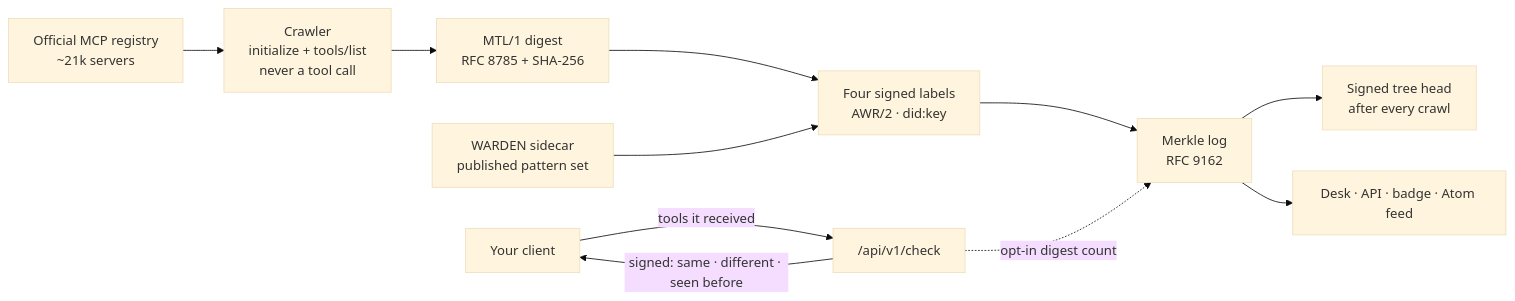
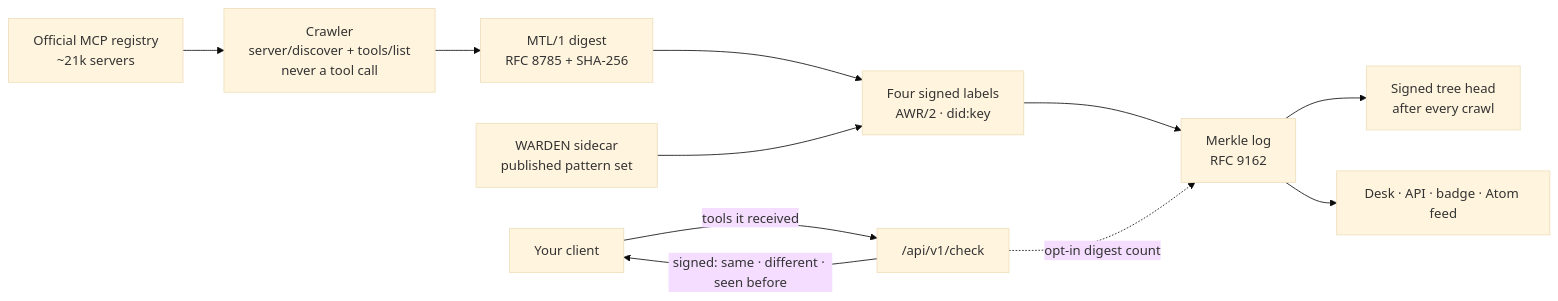
Before and after one commit to alexar76/histor: the diagram in README.md, drawn with Mermaid (base theme). The commit also changed other lines of this file and 78 other files, not shown here.

````diff
--- a/README.md
+++ b/README.md
@@ -62,13 +62,13 @@
 ```mermaid
 flowchart LR
-    R["Official MCP registry<br/>~21k servers"] --> C["Crawler<br/>initialize + tools/list<br/>never a tool call"]
+    R["Official MCP registry<br/>~21k servers"] --> C["Crawler<br/>server/discover + tools/list<br/>never a tool call"]
     C --> D["MTL/1 digest<br/>RFC 8785 + SHA-256"]
     D --> L["Four signed labels<br/>AWR/2 · did:key"]
     W["WARDEN sidecar<br/>published pattern set"] --> L
     L --> M["Merkle log<br/>RFC 9162"]
     M --> S["Signed tree head<br/>after every crawl"]
     M --> API["Desk · API · badge · Atom feed"]
     CL["Your client"] -- "tools it received" --> K["/api/v1/check"]
     K -- "signed: same · different · seen before" --> CL
     K -. "opt-in digest count" .-> M
 ```
````
